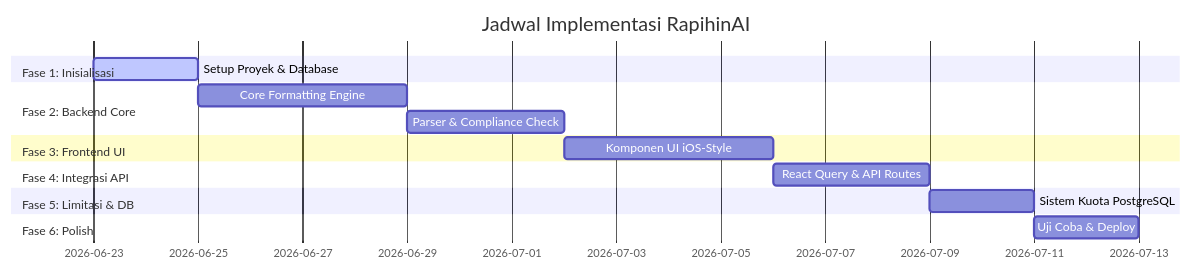
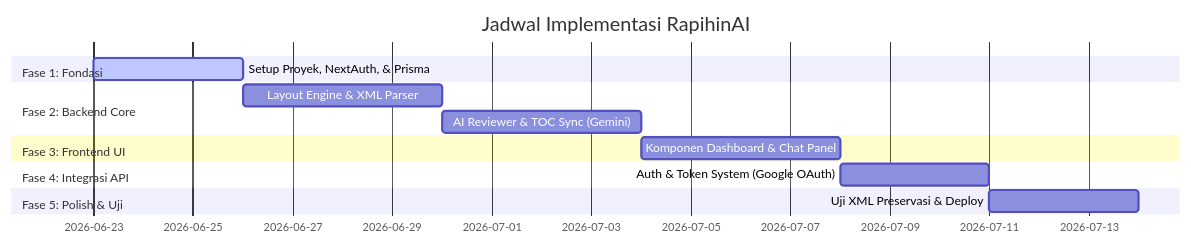
One commit to ilsetiawan1/rapihin-ai changed the diagram in docs/ROADMAP.md. Above: the diagram before and after it, drawn with Mermaid. The commit also changed other lines of this file and 2 other files, not shown here.

Commit message:
docs: sinkronisasi spesifikasi produk, TRD, dan roadmap dengan fitur AI & Token

````diff
--- a/docs/ROADMAP.md
+++ b/docs/ROADMAP.md
@@ -10,18 +9,16 @@
 ```mermaid
 gantt
     title Jadwal Implementasi RapihinAI
     dateFormat  YYYY-MM-DD
-    section Fase 1: Inisialisasi
-    Setup Proyek & Database      :active, des1, 2026-06-23, 2d
+    section Fase 1: Fondasi
+    Setup Proyek, NextAuth, & Prisma    :active, des1, 2026-06-23, 3d
     section Fase 2: Backend Core
-    Core Formatting Engine       : des2, after des1, 4d
-    Parser & Compliance Check   : des3, after des2, 3d
+    Layout Engine & XML Parser           : des2, after des1, 4d
+    AI Reviewer & TOC Sync (Gemini)      : des3, after des2, 4d
     section Fase 3: Frontend UI
-    Komponen UI iOS-Style        : des4, after des3, 4d
+    Komponen Dashboard & Chat Panel     : des4, after des3, 4d
     section Fase 4: Integrasi API
-    React Query & API Routes     : des5, after des4, 3d
-    section Fase 5: Limitasi & DB
-    Sistem Kuota PostgreSQL      : des6, after des5, 2d
-    section Fase 6: Polish
-    Uji Coba & Deploy            : des7, after des6, 2d
+    Auth & Token System (Google OAuth)  : des5, after des4, 3d
+    section Fase 5: Polish & Uji
+    Uji XML Preservasi & Deploy          : des6, after des5, 3d
 ```
````
